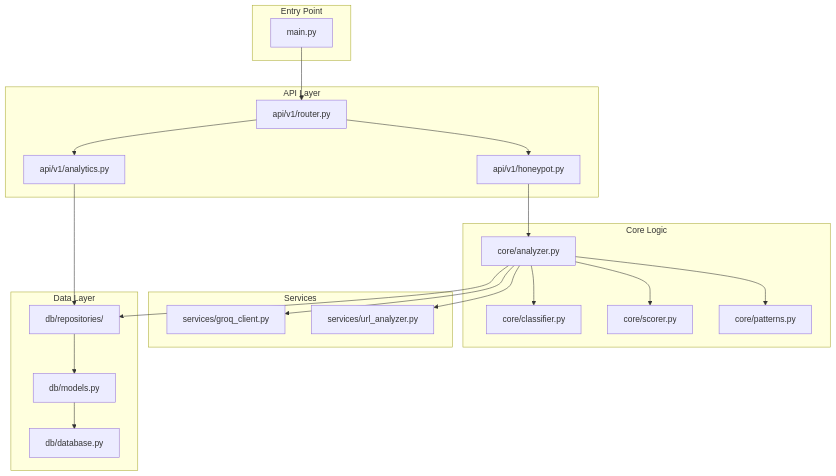
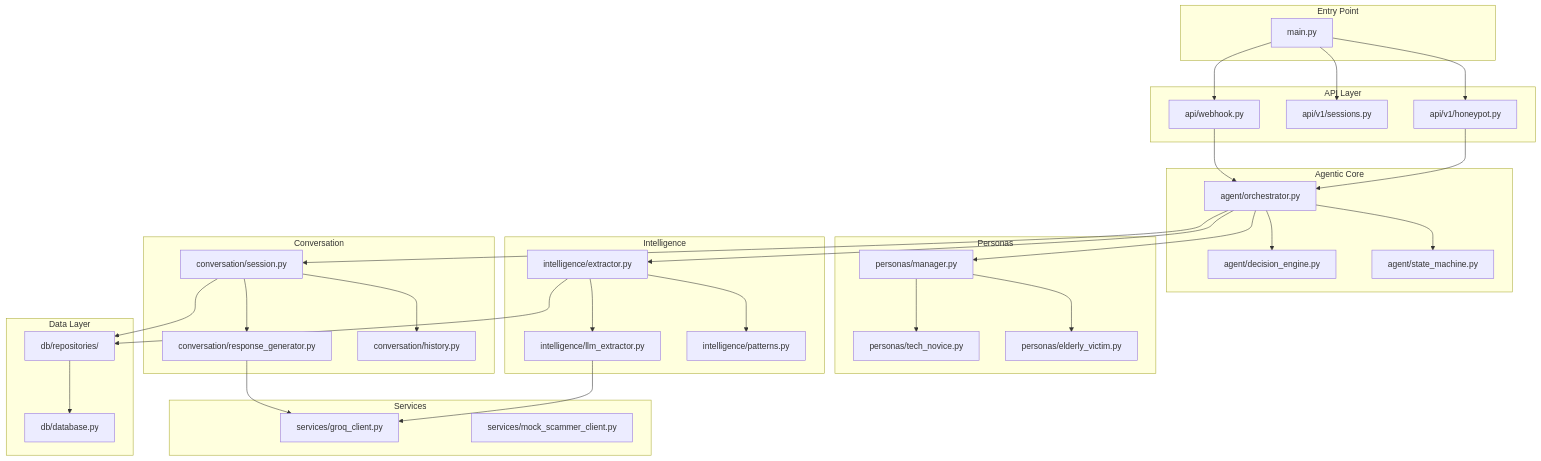
One commit to Prakhar2025/Agentic-Honey-Pot changed the diagram in docs/PROJECT_STRUCTURE.md. Above: the diagram before and after it, drawn with Mermaid. The commit also changed other lines of this file and 4 other files, not shown here.

````diff
--- a/docs/PROJECT_STRUCTURE.md
+++ b/docs/PROJECT_STRUCTURE.md
@@ -216,44 +252,75 @@
 ```mermaid
 graph TD
     subgraph "Entry Point"
         MAIN[main.py]
     end
     
     subgraph "API Layer"
-        ROUTER[api/v1/router.py]
         HONEYPOT[api/v1/honeypot.py]
-        ANALYTICS[api/v1/analytics.py]
+        SESSIONS[api/v1/sessions.py]
+        WEBHOOK[api/webhook.py]
     end
     
-    subgraph "Core Logic"
-        ANALYZER[core/analyzer.py]
-        CLASSIFIER[core/classifier.py]
-        SCORER[core/scorer.py]
-        PATTERNS[core/patterns.py]
+    subgraph "Agentic Core"
+        ORCH[agent/orchestrator.py]
+        STATE[agent/state_machine.py]
+        DECISION[agent/decision_engine.py]
+    end
+    
+    subgraph "Personas"
+        PERSONA_MGR[personas/manager.py]
+        ELDERLY[personas/elderly_victim.py]
+        TECH[personas/tech_novice.py]
+    end
+    
+    subgraph "Intelligence"
+        EXTRACTOR[intelligence/extractor.py]
+        PATTERNS[intelligence/patterns.py]
+        LLM_EXT[intelligence/llm_extractor.py]
+    end
+    
+    subgraph "Conversation"
+        SESSION[conversation/session.py]
+        HISTORY[conversation/history.py]
+        RESP_GEN[conversation/response_generator.py]
     end
     
     subgraph "Services"
         GROQ[services/groq_client.py]
-        URL[services/url_analyzer.py]
+        MOCK[services/mock_scammer_client.py]
     end
     
     subgraph "Data Layer"
         DB[db/database.py]
-        REPO[db/repositories/]
-        MODELS[db/models.py]
+        REPOS[db/repositories/]
     end
     
-    MAIN --> ROUTER
-    ROUTER --> HONEYPOT
-    ROUTER --> ANALYTICS
-    HONEYPOT --> ANALYZER
-    ANALYTICS --> REPO
-    ANALYZER --> PATTERNS
-    ANALYZER --> GROQ
-    ANALYZER --> CLASSIFIER
-    ANALYZER --> SCORER
-    ANALYZER --> URL
-    ANALYZER --> REPO
-    REPO --> MODELS
-    MODELS --> DB
+    MAIN --> HONEYPOT
+    MAIN --> SESSIONS
+    MAIN --> WEBHOOK
+    
+    HONEYPOT --> ORCH
+    WEBHOOK --> ORCH
+    
+    ORCH --> STATE
+    ORCH --> DECISION
+    ORCH --> PERSONA_MGR
+    ORCH --> EXTRACTOR
+    ORCH --> SESSION
+    
+    PERSONA_MGR --> ELDERLY
+    PERSONA_MGR --> TECH
+    
+    EXTRACTOR --> PATTERNS
+    EXTRACTOR --> LLM_EXT
+    
+    SESSION --> HISTORY
+    SESSION --> RESP_GEN
+    
+    RESP_GEN --> GROQ
+    LLM_EXT --> GROQ
+    
+    SESSION --> REPOS
+    EXTRACTOR --> REPOS
+    REPOS --> DB
 ```
````
